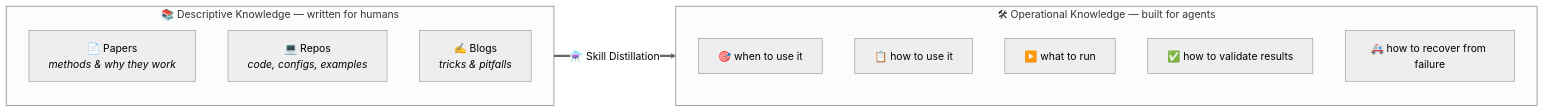
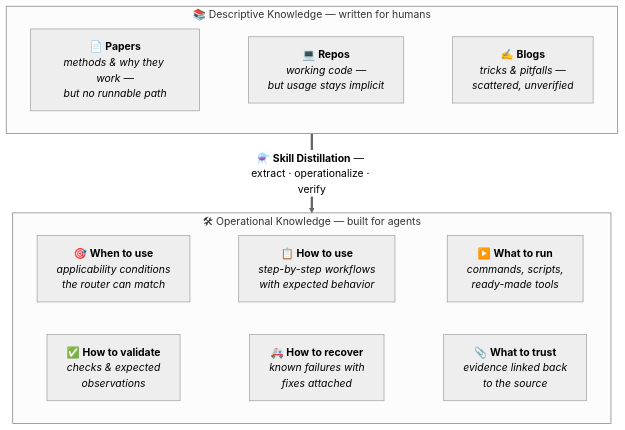
One commit to Lolo1222/AREX-Skill changed the second of 5 diagrams in README.md. Above: the diagram before and after it, drawn with Mermaid (neutral theme). The commit also changed other lines of this file and 1 other file, not shown here.

````diff
--- a/README.md
+++ b/README.md
@@ -73,18 +88,13 @@
 ```mermaid
-flowchart LR
+flowchart TB
     subgraph D["📚 Descriptive Knowledge — written for humans"]
-        direction TB
-        d1["📄 Papers<br><i>methods & why they work</i>"]
-        d2["💻 Repos<br><i>code, configs, examples</i>"]
-        d3["✍️ Blogs<br><i>tricks & pitfalls</i>"]
+        direction LR
+        d1["📄 <b>Papers</b><br><i>methods & why they work —<br>but no runnable path</i>"] ~~~ d2["💻 <b>Repos</b><br><i>working code —<br>but usage stays implicit</i>"] ~~~ d3["✍️ <b>Blogs</b><br><i>tricks & pitfalls —<br>scattered, unverified</i>"]
     end
-    D == "⚗️ Skill Distillation" ==> O
+    D == "⚗️ <b>Skill Distillation</b> — extract · operationalize · verify" ==> O
     subgraph O["🛠 Operational Knowledge — built for agents"]
-        direction TB
-        o1["🎯 when to use it"]
-        o2["📋 how to use it"]
-        o3["▶️ what to run"]
-        o4["✅ how to validate results"]
-        o5["🚑 how to recover from failure"]
+        direction LR
+        o1["🎯 <b>When to use</b><br><i>applicability conditions<br>the router can match</i>"] ~~~ o2["📋 <b>How to use</b><br><i>step-by-step workflows<br>with expected behavior</i>"] ~~~ o3["▶️ <b>What to run</b><br><i>commands, scripts,<br>ready-made tools</i>"]
+        o4["✅ <b>How to validate</b><br><i>checks & expected<br>observations</i>"] ~~~ o5["🚑 <b>How to recover</b><br><i>known failures with<br>fixes attached</i>"] ~~~ o6["📎 <b>What to trust</b><br><i>evidence linked back<br>to the source</i>"]
     end
 ```
````
